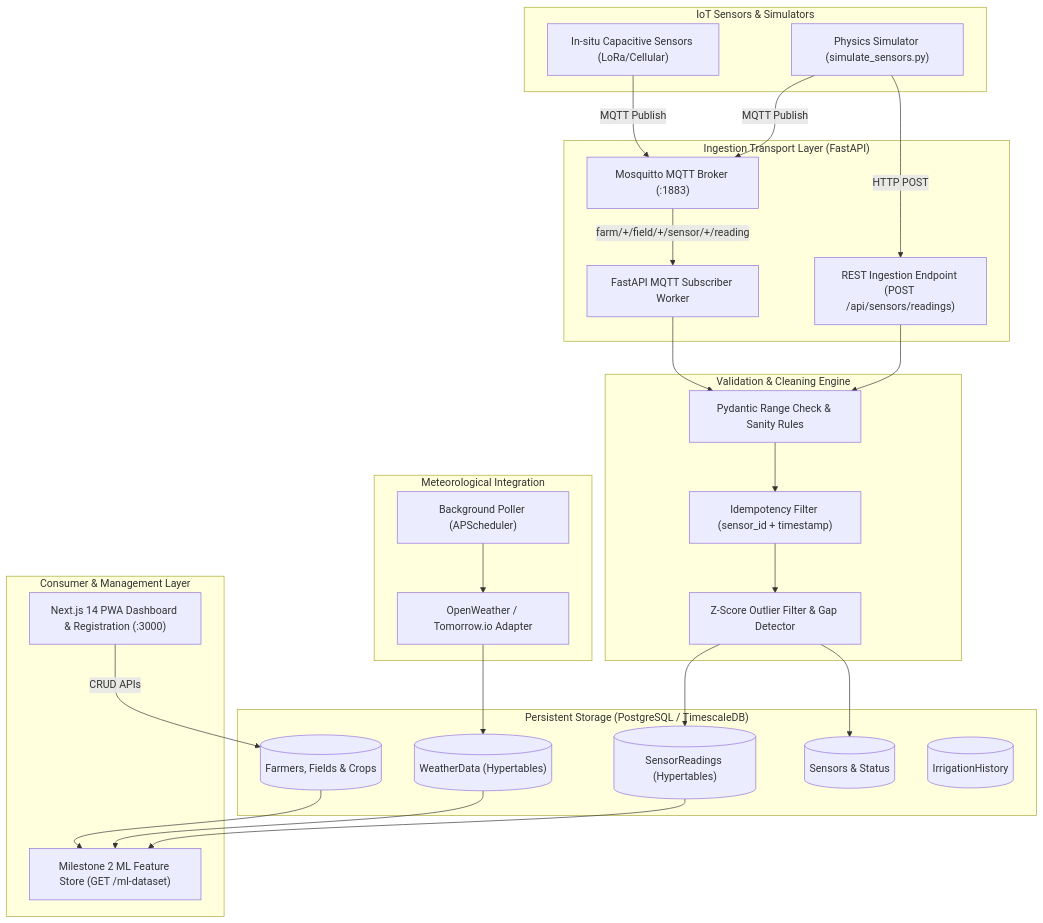
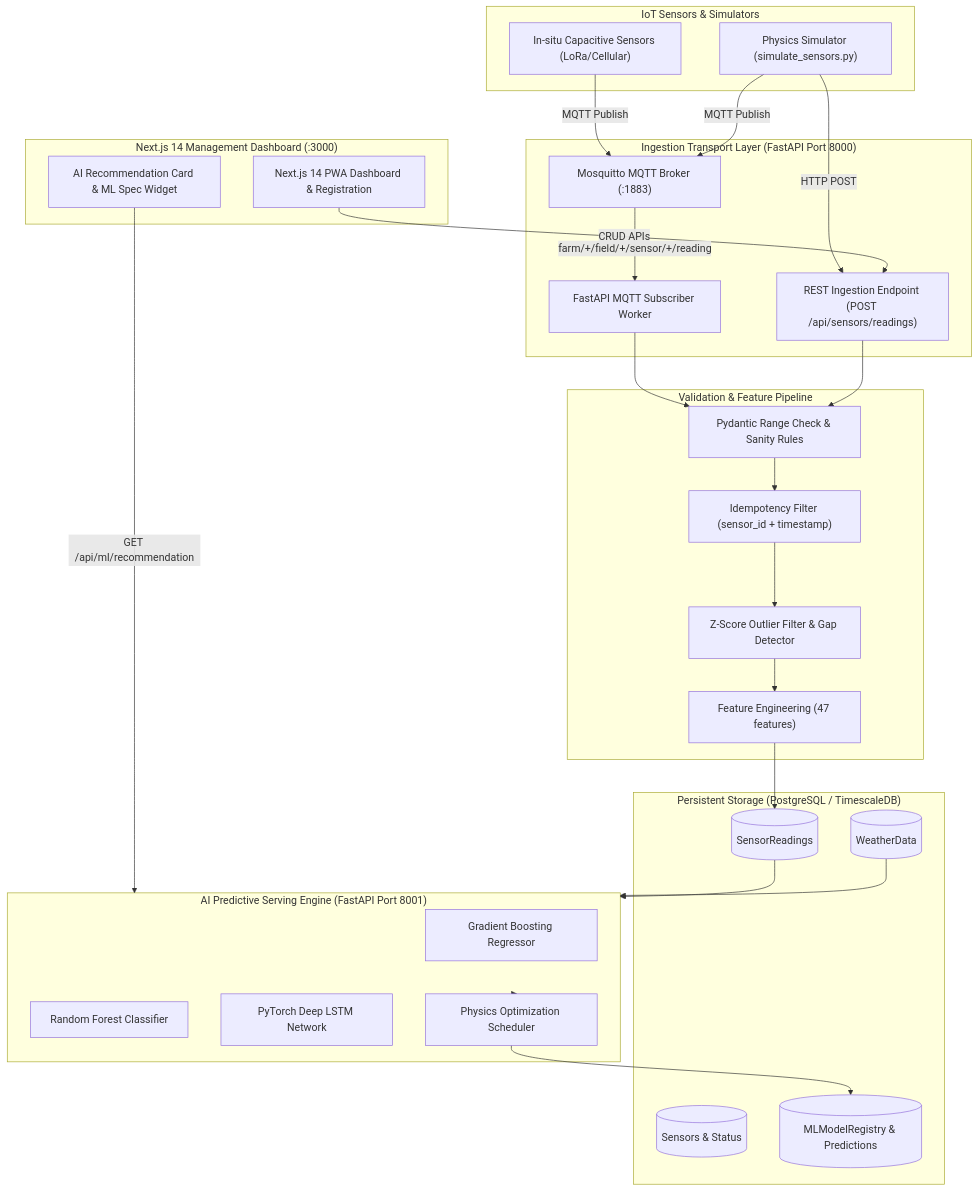
Before and after one commit to abir1010200/Abir-Chatterjee-SpringboardInternship: the diagram in README.md, drawn with Mermaid. The commit also changed other lines of this file and 3 other files, not shown here.

Commit message:
docs(readme): update root, ml, backend, and frontend READMEs for Milestone 1 & 2

````diff
--- a/README.md
+++ b/README.md
@@ -29,57 +27,59 @@
 ```mermaid
 flowchart TD
     subgraph Telemetry_Sources["IoT Sensors & Simulators"]
         S_Real["In-situ Capacitive Sensors (LoRa/Cellular)"]
         S_Sim["Physics Simulator (simulate_sensors.py)"]
     end
 
-    subgraph Transport_Layer["Ingestion Transport Layer (FastAPI)"]
+    subgraph Ingestion_Layer["Ingestion Transport Layer (FastAPI Port 8000)"]
         MQTT_Broker["Mosquitto MQTT Broker (:1883)"]
         MQTT_Worker["FastAPI MQTT Subscriber Worker"]
         REST_API["REST Ingestion Endpoint (POST /api/sensors/readings)"]
     end
 
-    subgraph Cleaning_Validation["Validation & Cleaning Engine"]
+    subgraph Cleaning_Validation["Validation & Feature Pipeline"]
         Validator["Pydantic Range Check & Sanity Rules"]
         Deduplicator["Idempotency Filter (sensor_id + timestamp)"]
         Cleaner["Z-Score Outlier Filter & Gap Detector"]
+        Feat_Eng["Feature Engineering (47 features)"]
     end
 
     subgraph Storage["Persistent Storage (PostgreSQL / TimescaleDB)"]
         DB_Sensors[("Sensors & Status")]
-        DB_Readings[("SensorReadings (Hypertables)")]
-        DB_Weather[("WeatherData (Hypertables)")]
-        DB_Config[("Farmers, Fields & Crops")]
-        DB_Irrigation[("IrrigationHistory")]
+        DB_Readings[("SensorReadings")]
+        DB_Weather[("WeatherData")]
+        DB_ML[("MLModelRegistry & Predictions")]
     end
 
-    subgraph Weather_Engine["Meteorological Integration"]
-        Scheduler["Background Poller (APScheduler)"]
-        OW_Adapter["OpenWeather / Tomorrow.io Adapter"]
+    subgraph ML_Engine["AI Predictive Serving Engine (FastAPI Port 8001)"]
+        GBM["Gradient Boosting Regressor"]
+        RF["Random Forest Classifier"]
+        LSTM["PyTorch Deep LSTM Network"]
+        Scheduler["Physics Optimization Scheduler"]
     end
 
-    subgraph Frontend_ML["Consumer & Management Layer"]
-        Next_PWA["Next.js 14 PWA Dashboard & Registration (:3000)"]
-        ML_Dataset["Milestone 2 ML Feature Store (GET /ml-dataset)"]
+    subgraph Dashboard["Next.js 14 Management Dashboard (:3000)"]
+        Next_PWA["Next.js 14 PWA Dashboard & Registration"]
+        AI_Widget["AI Recommendation Card & ML Spec Widget"]
     end
 
     S_Real -->|MQTT Publish| MQTT_Broker
     S_Sim -->|MQTT Publish| MQTT_Broker
     S_Sim -->|HTTP POST| REST_API
     MQTT_Broker -->|farm/+/field/+/sensor/+/reading| MQTT_Worker
 
     MQTT_Worker --> Validator
     REST_API --> Validator
     Validator --> Deduplicator
     Deduplicator --> Cleaner
-    Cleaner --> DB_Readings
-    Cleaner --> DB_Sensors
+    Cleaner --> Feat_Eng
+    Feat_Eng --> DB_Readings
 
-    Scheduler --> OW_Adapter
-    OW_Adapter --> DB_Weather
+    DB_Readings --> ML_Engine
+    DB_Weather --> ML_Engine
+    ML_Engine --> Scheduler
+    Scheduler --> DB_ML
 
-    Next_PWA -->|CRUD APIs| DB_Config
-    DB_Readings --> ML_Dataset
-    DB_Weather --> ML_Dataset
-    DB_Config --> ML_Dataset
+    Next_PWA -->|CRUD APIs| REST_API
+    AI_Widget -->|GET /api/ml/recommendation| ML_Engine
 ```
````
